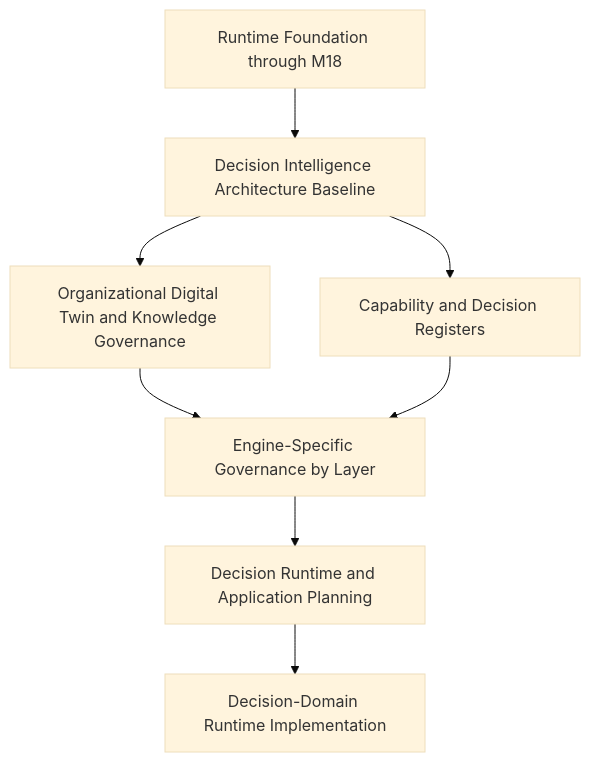
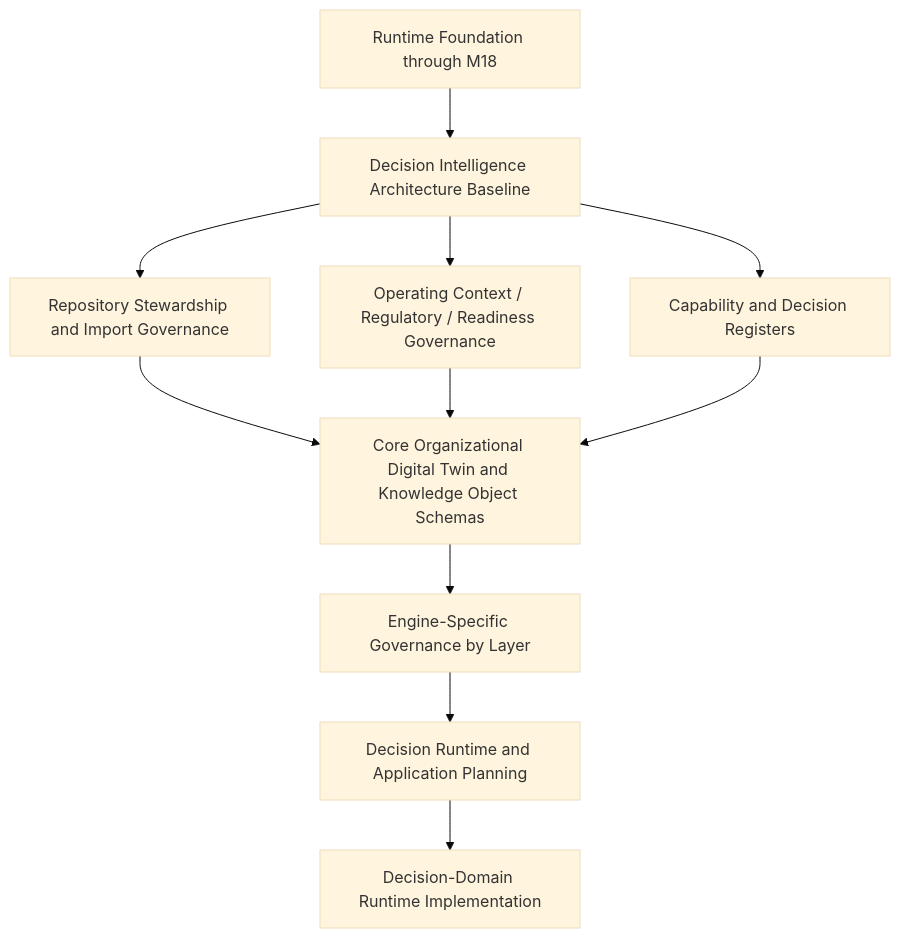
Before and after one commit to shawnfoster/AXI-Platform: the diagram in Governance/Roadmap/AXI_Roadmap_v1.0.md, drawn with Mermaid (base theme). The commit also changed other lines of this file and 16 other files, not shown here.

Commit message:
AI-041: publish repository stewardship governance

````diff
--- a/Governance/Roadmap/AXI_Roadmap_v1.0.md
+++ b/Governance/Roadmap/AXI_Roadmap_v1.0.md
@@ -51,10 +58,13 @@
 ```mermaid
 flowchart TD
     R["Runtime Foundation through M18"] --> A["Decision Intelligence Architecture Baseline"]
-    A --> D["Organizational Digital Twin and Knowledge Governance"]
+    A --> S["Repository Stewardship and Import Governance"]
+    A --> C["Operating Context / Regulatory / Readiness Governance"]
     A --> E["Capability and Decision Registers"]
+    S --> D["Core Organizational Digital Twin and Knowledge Object Schemas"]
+    C --> D
+    E --> D
     D --> G["Engine-Specific Governance by Layer"]
-    E --> G
     G --> P["Decision Runtime and Application Planning"]
     P --> I["Decision-Domain Runtime Implementation"]
 ```
````
